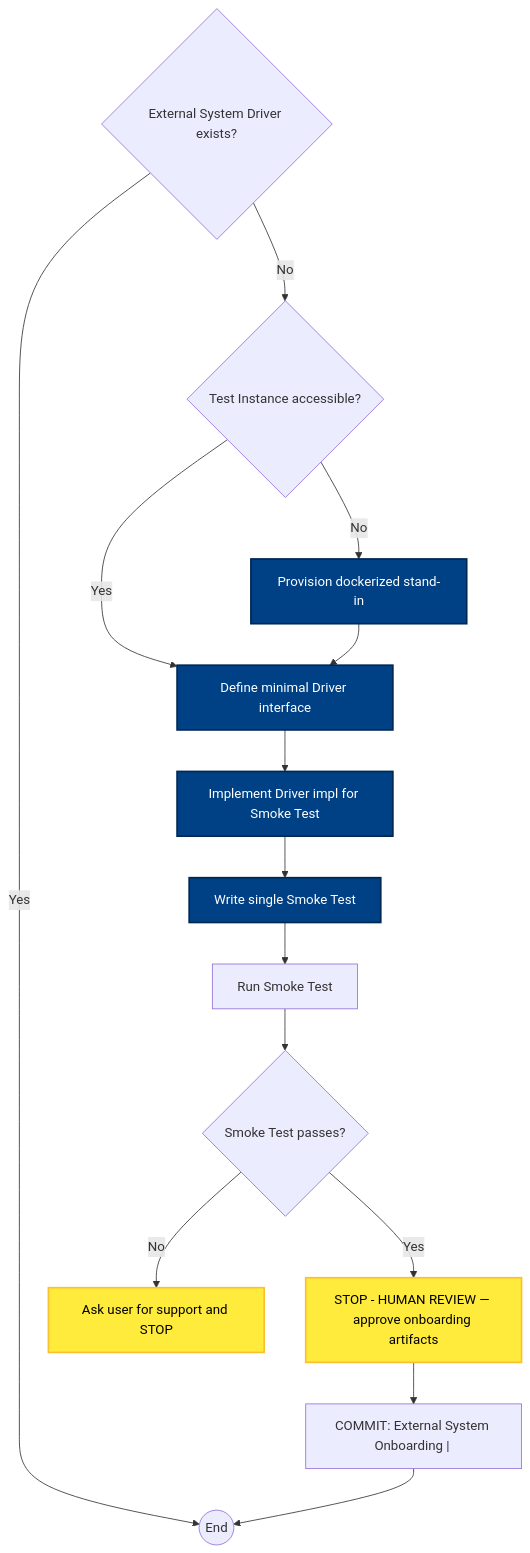
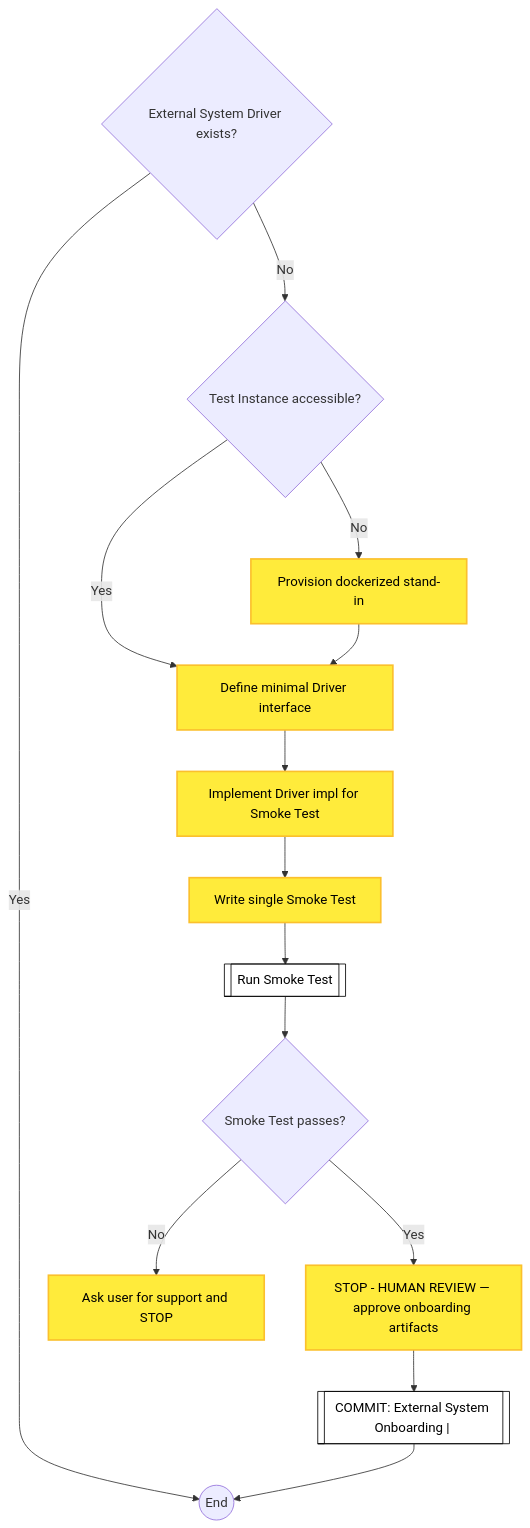
Before and after one commit to optivem/gh-optivem: the eighth of 11 diagrams in docs/process-diagram.md, drawn with Mermaid. The commit also changed other lines of this file and 23 other files, not shown here.

````diff
--- a/docs/process-diagram.md
+++ b/docs/process-diagram.md
@@ -184,35 +202,35 @@
 ```mermaid
 flowchart TD
     ASK_SUPPORT[Ask user for support and STOP]
-    COMMIT_ONBOARD["COMMIT: External System Onboarding | <name>"]
+    COMMIT_ONBOARD[["COMMIT: External System Onboarding | <name>"]]
     DEFINE_IFACE[Define minimal Driver interface]
     GATE_DRIVER_EXISTS{External System Driver exists?}
     GATE_INSTANCE_ACCESSIBLE{Test Instance accessible?}
     GATE_SMOKE_PASS{Smoke Test passes?}
     IMPL_DRIVER[Implement Driver impl for Smoke Test]
     ONBOARD_END((End))
     PROVISION[Provision dockerized stand-in]
-    RUN_SMOKE[Run Smoke Test]
+    RUN_SMOKE[[Run Smoke Test]]
     STOP_ONBOARD_REVIEW[STOP - HUMAN REVIEW — approve onboarding artifacts]
     WRITE_SMOKE[Write single Smoke Test]
 
     GATE_DRIVER_EXISTS -- Yes --> ONBOARD_END
     GATE_DRIVER_EXISTS -- No --> GATE_INSTANCE_ACCESSIBLE
     GATE_INSTANCE_ACCESSIBLE -- Yes --> DEFINE_IFACE
     GATE_INSTANCE_ACCESSIBLE -- No --> PROVISION
     PROVISION --> DEFINE_IFACE
     DEFINE_IFACE --> IMPL_DRIVER
     IMPL_DRIVER --> WRITE_SMOKE
     WRITE_SMOKE --> RUN_SMOKE
     RUN_SMOKE --> GATE_SMOKE_PASS
     GATE_SMOKE_PASS -- No --> ASK_SUPPORT
     GATE_SMOKE_PASS -- Yes --> STOP_ONBOARD_REVIEW
     STOP_ONBOARD_REVIEW --> COMMIT_ONBOARD
     COMMIT_ONBOARD --> ONBOARD_END
 
-    classDef effortNode fill:#004085,stroke:#002752,stroke-width:2px,color:#ffffff
-    class DEFINE_IFACE,IMPL_DRIVER,PROVISION,WRITE_SMOKE effortNode
+    classDef serviceNode fill:#ffffff,stroke:#000000,stroke-width:1px,color:#000000
+    class COMMIT_ONBOARD,RUN_SMOKE serviceNode
 
-    classDef humanReviewNode fill:#ffeb3b,stroke:#fbc02d,stroke-width:2px,color:#000
-    class ASK_SUPPORT,STOP_ONBOARD_REVIEW humanReviewNode
+    classDef humanNode fill:#ffeb3b,stroke:#fbc02d,stroke-width:2px,color:#000000
+    class ASK_SUPPORT,DEFINE_IFACE,IMPL_DRIVER,PROVISION,STOP_ONBOARD_REVIEW,WRITE_SMOKE humanNode
 ```
````
